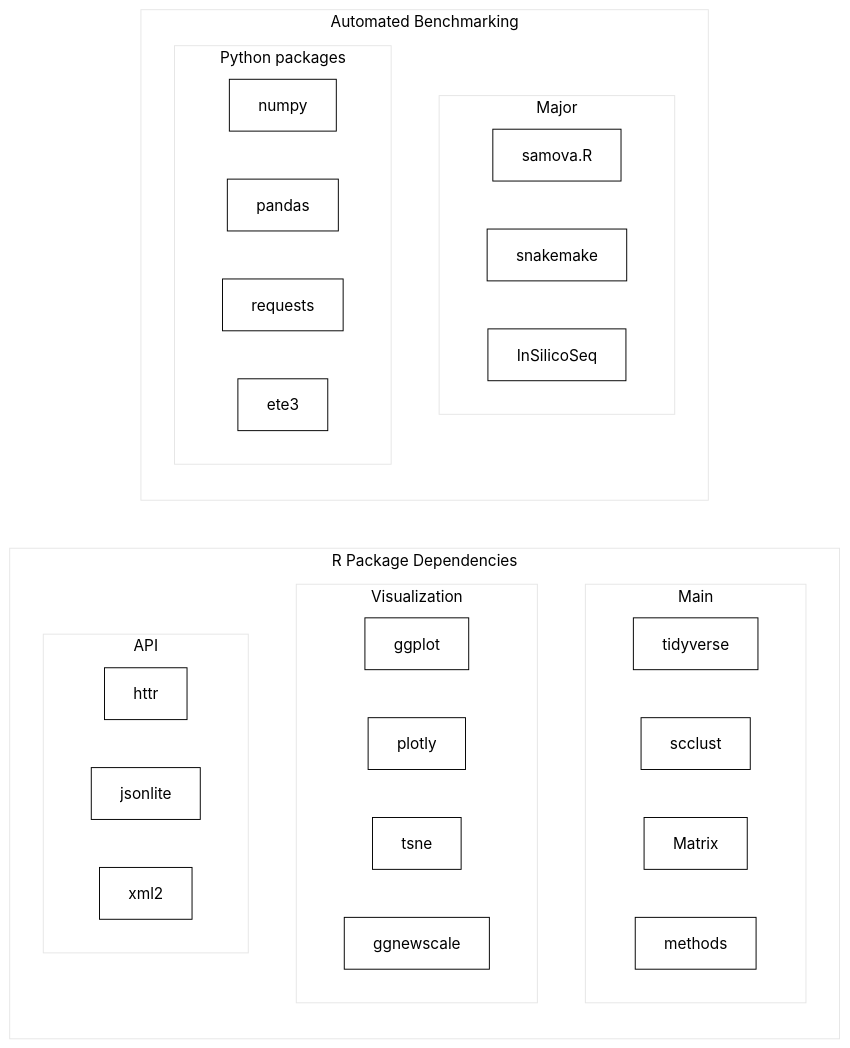
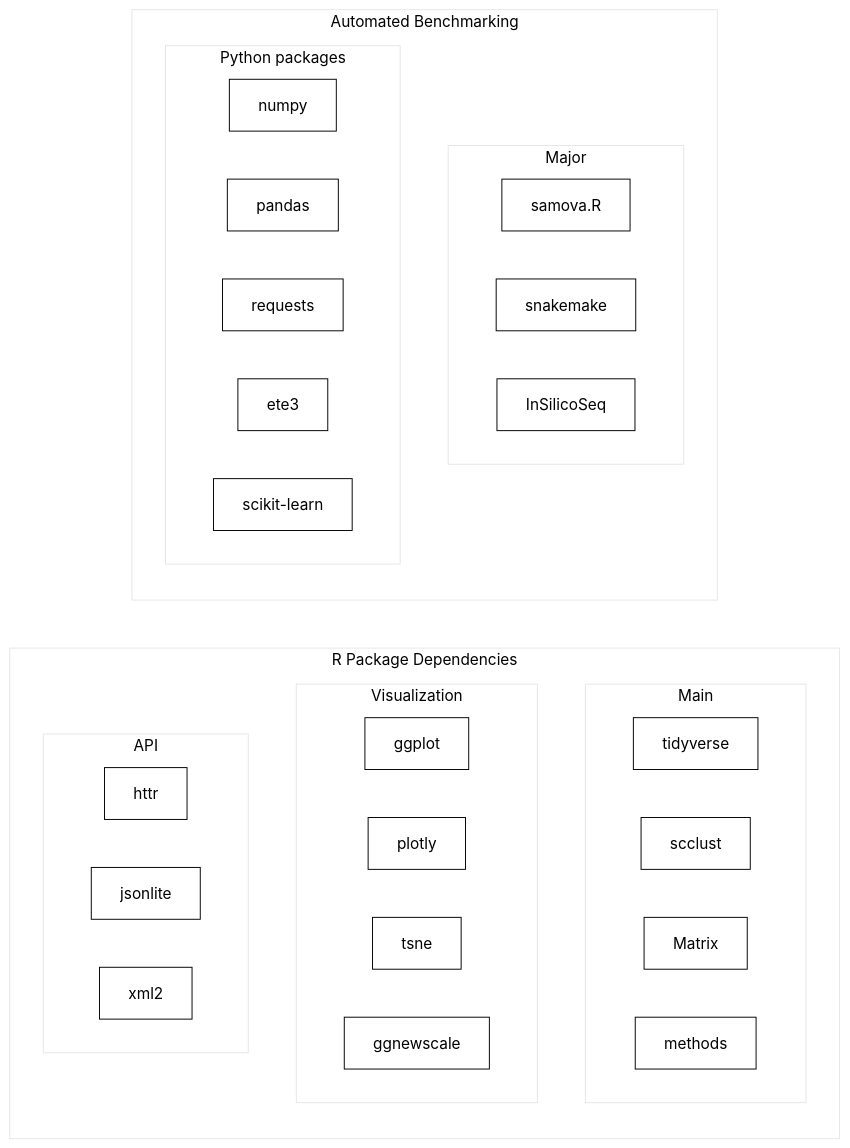
The third of 3 diagrams in README.md (ctlab/samovar), drawn with Mermaid before and after one commit. The commit also changed other lines of this file and 1 other file, not shown here.

````diff
--- a/README.md
+++ b/README.md
@@ -184,47 +186,48 @@
 ```mermaid
 %%{init: {'theme': 'base', 'themeVariables': { 'fontSize': '16px', 'fontFamily': 'arial', 'primaryColor': '#fff', 'primaryTextColor': '#000', 'primaryBorderColor': '#000', 'lineColor': '#000', 'secondaryColor': '#fff', 'tertiaryColor': '#fff'}}}%%
 graph LR
     subgraph "R Package Dependencies"
         subgraph "Main"
             direction LR
             tidyverse
             scclust
             Matrix
             methods
         end
         
         subgraph "Visualization"
             direction LR
             ggplot
             plotly
             tsne
             ggnewscale
         end
         
         subgraph "API"
             direction LR
             httr
             jsonlite
             xml2
         end
     end
     
     subgraph "Automated Benchmarking"
         subgraph "Major"
             direction LR
             samova.R
             snakemake
             InSilicoSeq
         end
         
         subgraph "Python packages"
             direction LR
             numpy
             pandas
             requests
             ete3
+            scikit-learn
         end
     end
     
     linkStyle default stroke:#000
 ```
````
